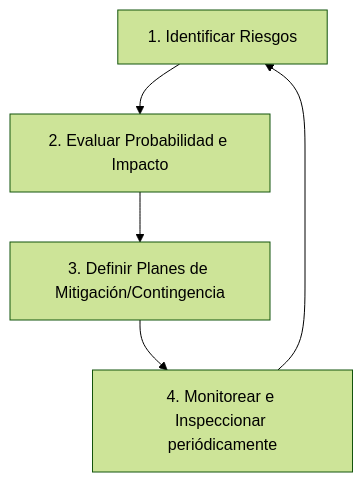
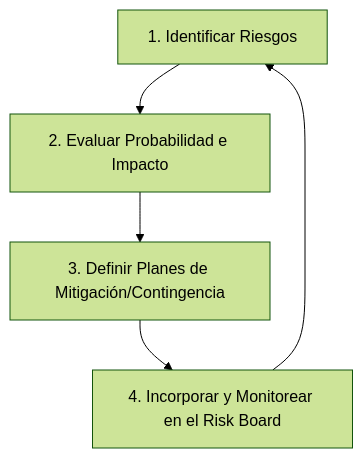
The second of 2 diagrams in 02-project-planning/risk-management.md (jlinares30/project-management-playbook), drawn with Mermaid (forest theme) before and after one commit. The commit also changed other lines of this file and 1 other file, not shown here.

Commit message:
feat: add risk management framework and update glossary with Risk Board definition

````diff
--- a/02-project-planning/risk-management.md
+++ b/02-project-planning/risk-management.md
@@ -35,7 +67,7 @@
 ```mermaid
 graph TD
     A[1. Identificar Riesgos] --> B[2. Evaluar Probabilidad e Impacto]
     B --> C[3. Definir Planes de Mitigación/Contingencia]
-    C --> D[4. Monitorear e Inspeccionar periódicamente]
+    C --> D[4. Incorporar y Monitorear en el Risk Board]
     D --> A
 ```
````
